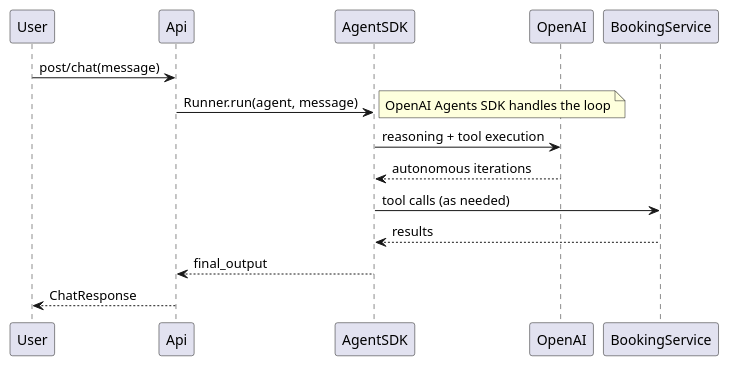
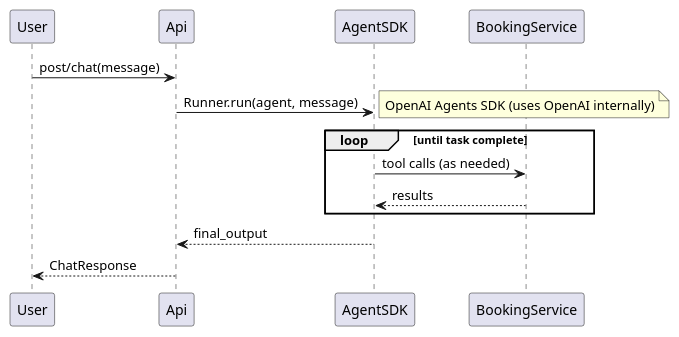
The diagram in pattern-e-single-agent/sequence.puml (mossgreen/ai-orchestration-patterns), drawn with PlantUML before and after one commit. The commit also changed 4 other files, not shown here.

```diff
--- a/pattern-e-single-agent/sequence.puml
+++ b/pattern-e-single-agent/sequence.puml
@@ -1,13 +1,13 @@
 @startuml
 
 User -> Api: post/chat(message)
     Api -> AgentSDK: Runner.run(agent, message)
-        note right: OpenAI Agents SDK handles the loop
-        AgentSDK -> OpenAI: reasoning + tool execution
-        AgentSDK <-- OpenAI: autonomous iterations
-        AgentSDK -> BookingService: tool calls (as needed)
-        AgentSDK <-- BookingService: results
+        note right: OpenAI Agents SDK (uses OpenAI internally)
+        loop until task complete
+            AgentSDK -> BookingService: tool calls (as needed)
+            AgentSDK <-- BookingService: results
+        end
     Api <-- AgentSDK: final_output
 User <-- Api: ChatResponse
 
 @enduml
```
